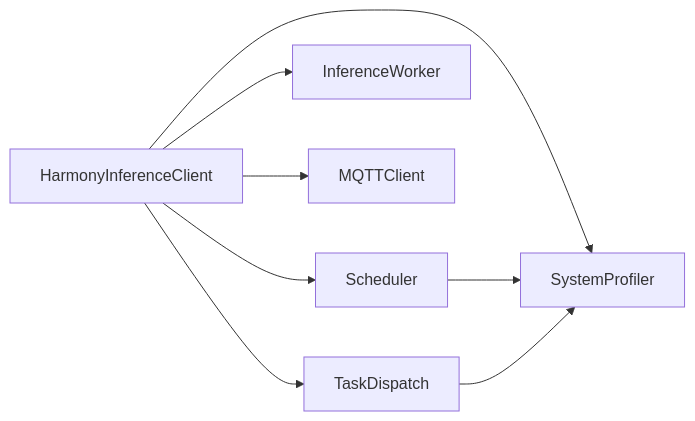
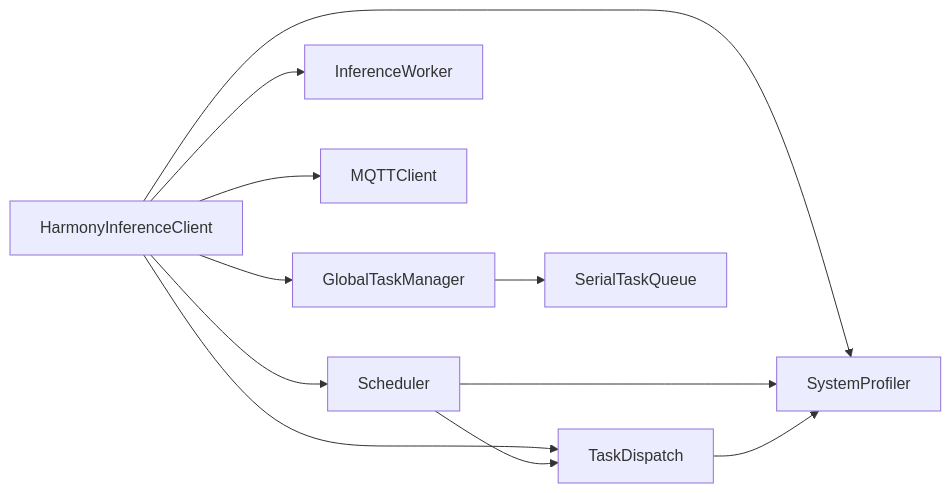
The fifth of 6 diagrams in .qoder/repowiki/zh/content/API 参考文档/核心 API/HarmonyInferenceClient API.md (huo65/OH-Co3), drawn with Mermaid before and after one commit. The commit also changed other lines of this file and 6 other files, not shown here.

````diff
--- a/.qoder/repowiki/zh/content/API 参考文档/核心 API/HarmonyInferenceClient API.md
+++ b/.qoder/repowiki/zh/content/API 参考文档/核心 API/HarmonyInferenceClient API.md
@@ -291,10 +407,13 @@
 ```mermaid
 graph LR
 Client["HarmonyInferenceClient"] --> Sched["Scheduler"]
 Client --> Prof["SystemProfiler"]
 Client --> Worker["InferenceWorker"]
 Client --> MQTT["MQTTClient"]
 Client --> Broker["TaskDispatch"]
+Client --> GQueue["GlobalTaskManager"]
+GQueue --> Queue["SerialTaskQueue"]
 Sched --> Prof
+Sched --> Broker
 Broker --> Prof
 ```
````
